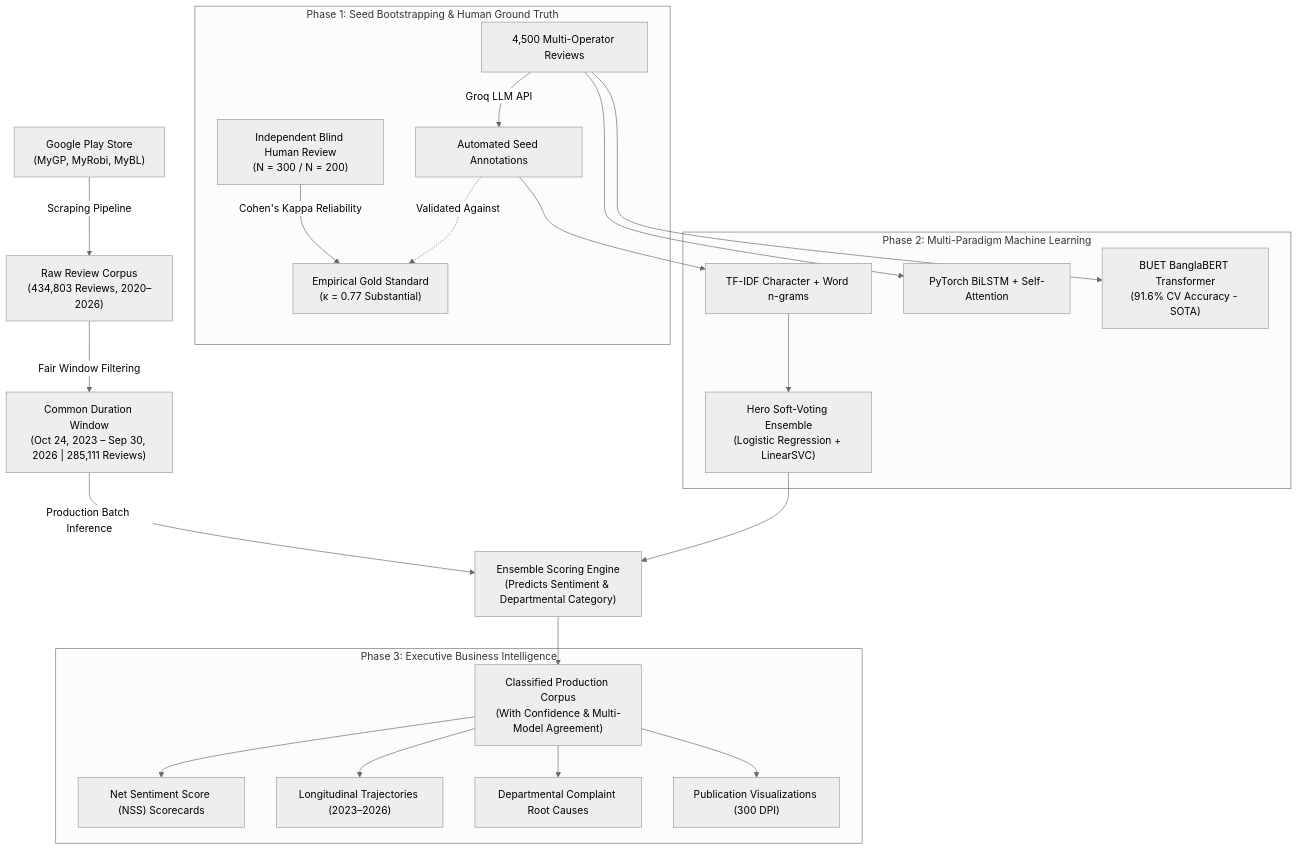
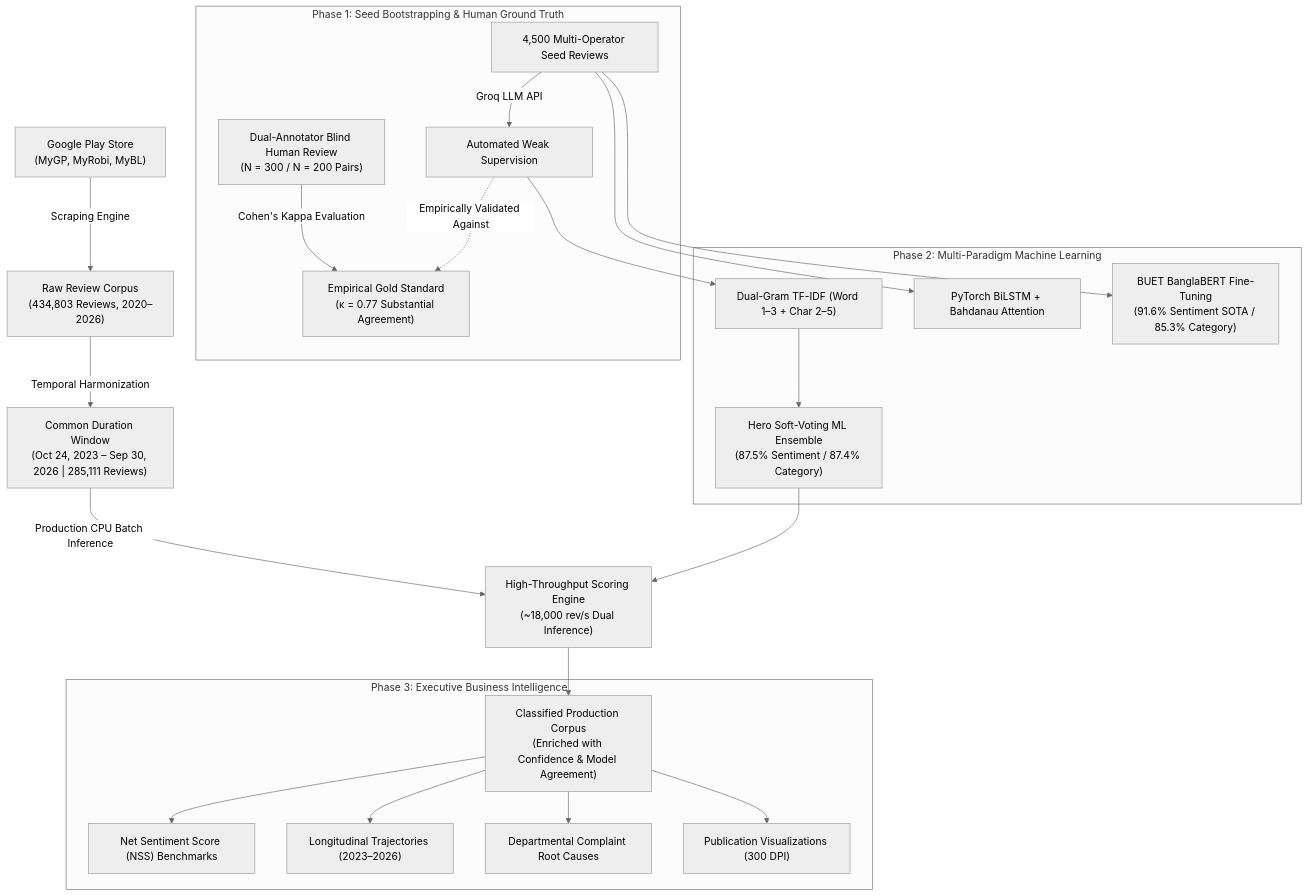
The diagram in PROJECT_GUIDE.md (rh61632/telecom-Voice-of-Customer_intelligence), drawn with Mermaid (neutral theme) before and after one commit. The commit also changed other lines of this file, not shown here.

````diff
--- a/PROJECT_GUIDE.md
+++ b/PROJECT_GUIDE.md
@@ -67,31 +69,31 @@
 ```mermaid
 flowchart TD
-    A["Google Play Store<br>(MyGP, MyRobi, MyBL)"] -->|Scraping Pipeline| B["Raw Review Corpus<br>(434,803 Reviews, 2020–2026)"]
+    A["Google Play Store<br>(MyGP, MyRobi, MyBL)"] -->|Scraping Engine| B["Raw Review Corpus<br>(434,803 Reviews, 2020–2026)"]
     
-    B -->|Fair Window Filtering| C["Common Duration Window<br>(Oct 24, 2023 – Sep 30, 2026 | 285,111 Reviews)"]
+    B -->|Temporal Harmonization| C["Common Duration Window<br>(Oct 24, 2023 – Sep 30, 2026 | 285,111 Reviews)"]
     
     subgraph S1 ["Phase 1: Seed Bootstrapping & Human Ground Truth"]
-        D["4,500 Multi-Operator Reviews"] -->|Groq LLM API| E["Automated Seed Annotations"]
-        F["Independent Blind Human Review<br>(N = 300 / N = 200)"] -->|Cohen's Kappa Reliability| G["Empirical Gold Standard<br>(κ = 0.77 Substantial)"]
-        E -.->|Validated Against| G
+        D["4,500 Multi-Operator Seed Reviews"] -->|Groq LLM API| E["Automated Weak Supervision"]
+        F["Dual-Annotator Blind Human Review<br>(N = 300 / N = 200 Pairs)"] -->|Cohen's Kappa Evaluation| G["Empirical Gold Standard<br>(κ = 0.77 Substantial Agreement)"]
+        E -.->|Empirically Validated Against| G
     end
     
     subgraph S2 ["Phase 2: Multi-Paradigm Machine Learning"]
-        E --> H["TF-IDF Character + Word n-grams"]
-        H --> I["Hero Soft-Voting Ensemble<br>(Logistic Regression + LinearSVC)"]
-        D --> J["PyTorch BiLSTM + Self-Attention"]
-        D --> K["BUET BanglaBERT Transformer<br>(91.6% CV Accuracy - SOTA)"]
+        E --> H["Dual-Gram TF-IDF (Word 1–3 + Char 2–5)"]
+        H --> I["Hero Soft-Voting ML Ensemble<br>(87.5% Sentiment / 87.4% Category)"]
+        D --> J["PyTorch BiLSTM + Bahdanau Attention"]
+        D --> K["BUET BanglaBERT Fine-Tuning<br>(91.6% Sentiment SOTA / 85.3% Category)"]
     end
     
-    C -->|Production Batch Inference| L["Ensemble Scoring Engine<br>(Predicts Sentiment & Departmental Category)"]
+    C -->|Production CPU Batch Inference| L["High-Throughput Scoring Engine<br>(~18,000 rev/s Dual Inference)"]
     I --> L
     
-    L --> M["Classified Production Corpus<br>(With Confidence & Multi-Model Agreement)"]
+    L --> M["Classified Production Corpus<br>(Enriched with Confidence & Model Agreement)"]
     
     subgraph S3 ["Phase 3: Executive Business Intelligence"]
-        M --> N["Net Sentiment Score (NSS) Scorecards"]
+        M --> N["Net Sentiment Score (NSS) Benchmarks"]
         M --> O["Longitudinal Trajectories (2023–2026)"]
         M --> P["Departmental Complaint Root Causes"]
         M --> Q["Publication Visualizations (300 DPI)"]
     end
 ```
````
